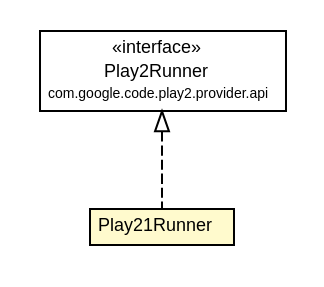
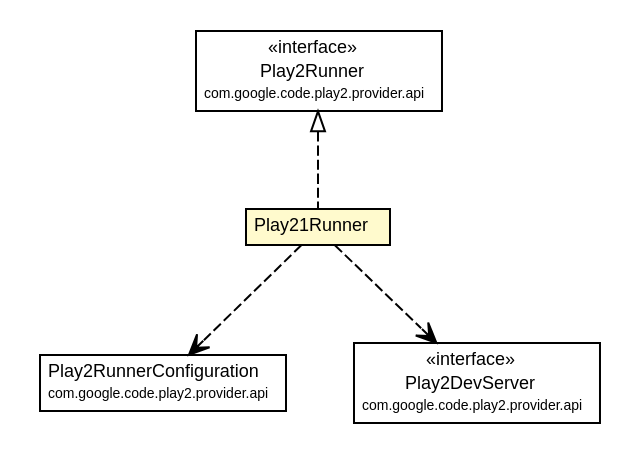
One commit to play2-maven-plugin/play2-maven-plugin.github.io changed the diagram in play2-maven-plugin/1.0.0-beta6-SNAPSHOT/play2-providers/play2-provider-play21/apidocs/com/google/code/play2/provider/play21/Play21Runner.dot. Above: the diagram before and after it, drawn with Graphviz. The commit also changed 1429 other files, not shown here.

```diff
--- a/play2-maven-plugin/1.0.0-beta6-SNAPSHOT/play2-providers/play2-provider-play21/apidocs/com/google/code/play2/provider/play21/Play21Runner.dot
+++ b/play2-maven-plugin/1.0.0-beta6-SNAPSHOT/play2-providers/play2-provider-play21/apidocs/com/google/code/play2/provider/play21/Play21Runner.dot
@@ -1,28 +1,47 @@
 #!/usr/local/bin/dot
 #
 # Class diagram 
 # Generated by UMLGraph version R5_6-24-gf6e263 (http://www.umlgraph.org/)
 #
 
 digraph G {
 	edge [fontname="arial",fontsize=10,labelfontname="arial",labelfontsize=10];
 	node [fontname="arial",fontsize=10,shape=plaintext];
 	nodesep=0.25;
 	ranksep=0.5;
 	// com.google.code.play2.provider.play21.Play21Runner
-	c216 [label=<<table title="com.google.code.play2.provider.play21.Play21Runner" border="0" cellborder="1" cellspacing="0" cellpadding="2" port="p" bgcolor="lemonChiffon" href="./Play21Runner.html">
+	c218 [label=<<table title="com.google.code.play2.provider.play21.Play21Runner" border="0" cellborder="1" cellspacing="0" cellpadding="2" port="p" bgcolor="lemonChiffon" href="./Play21Runner.html">
 		<tr><td><table border="0" cellspacing="0" cellpadding="1">
 <tr><td align="center" balign="center"> Play21Runner </td></tr>
 		</table></td></tr>
 		</table>>, URL="./Play21Runner.html", fontname="arial", fontcolor="black", fontsize=9.0];
 	//com.google.code.play2.provider.play21.Play21Runner implements com.google.code.play2.provider.api.Play2Runner
-	c227:p -> c216:p [dir=back,arrowtail=empty,style=dashed];
+	c229:p -> c218:p [dir=back,arrowtail=empty,style=dashed];
+	// com.google.code.play2.provider.play21.Play21Runner DEPEND com.google.code.play2.provider.api.Play2RunnerConfiguration
+	c218:p -> c233:p [taillabel="", label="", headlabel="", fontname="arial", fontcolor="black", fontsize=10.0, color="black", arrowhead=open, style=dashed];
+	// com.google.code.play2.provider.play21.Play21Runner DEPEND com.google.code.play2.provider.api.Play2DevServer
+	c218:p -> c235:p [taillabel="", label="", headlabel="", fontname="arial", fontcolor="black", fontsize=10.0, color="black", arrowhead=open, style=dashed];
+	// com.google.code.play2.provider.api.Play2RunnerConfiguration
+	c233 [label=<<table title="com.google.code.play2.provider.api.Play2RunnerConfiguration" border="0" cellborder="1" cellspacing="0" cellpadding="2" port="p">
+		<tr><td><table border="0" cellspacing="0" cellpadding="1">
+<tr><td align="center" balign="center"> Play2RunnerConfiguration </td></tr>
+<tr><td align="center" balign="center"><font point-size="7.0"> com.google.code.play2.provider.api </font></td></tr>
+		</table></td></tr>
+		</table>>, URL="null", fontname="arial", fontcolor="black", fontsize=9.0];
+	// com.google.code.play2.provider.api.Play2DevServer
+	c235 [label=<<table title="com.google.code.play2.provider.api.Play2DevServer" border="0" cellborder="1" cellspacing="0" cellpadding="2" port="p">
+		<tr><td><table border="0" cellspacing="0" cellpadding="1">
+<tr><td align="center" balign="center"> &#171;interface&#187; </td></tr>
+<tr><td align="center" balign="center"> Play2DevServer </td></tr>
+<tr><td align="center" balign="center"><font point-size="7.0"> com.google.code.play2.provider.api </font></td></tr>
+		</table></td></tr>
+		</table>>, URL="null", fontname="arial", fontcolor="black", fontsize=9.0];
 	// com.google.code.play2.provider.api.Play2Runner
-	c227 [label=<<table title="com.google.code.play2.provider.api.Play2Runner" border="0" cellborder="1" cellspacing="0" cellpadding="2" port="p">
+	c229 [label=<<table title="com.google.code.play2.provider.api.Play2Runner" border="0" cellborder="1" cellspacing="0" cellpadding="2" port="p">
 		<tr><td><table border="0" cellspacing="0" cellpadding="1">
 <tr><td align="center" balign="center"> &#171;interface&#187; </td></tr>
 <tr><td align="center" balign="center"> Play2Runner </td></tr>
 <tr><td align="center" balign="center"><font point-size="7.0"> com.google.code.play2.provider.api </font></td></tr>
 		</table></td></tr>
 		</table>>, URL="null", fontname="arial", fontcolor="black", fontsize=9.0];
 }
```
